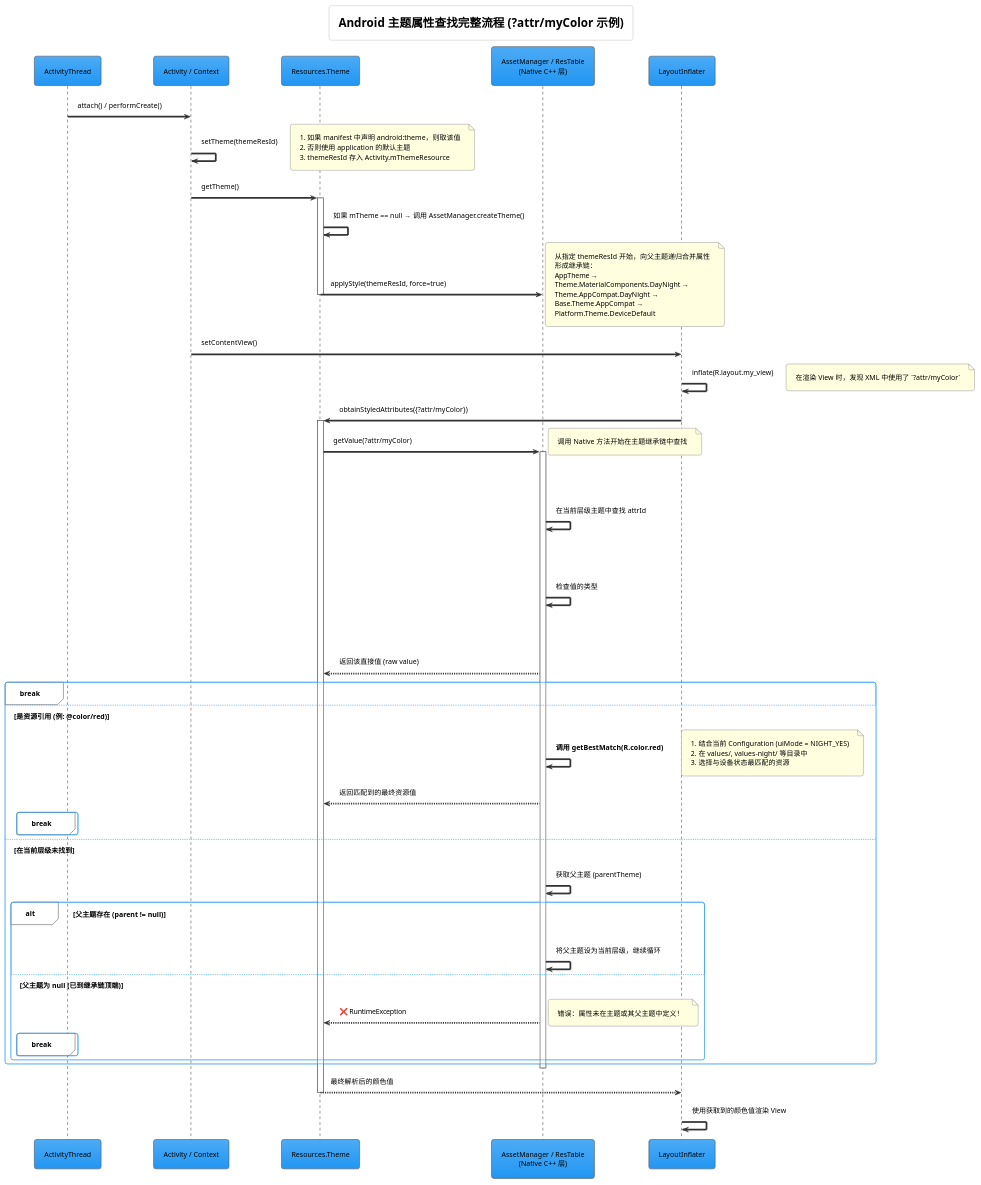
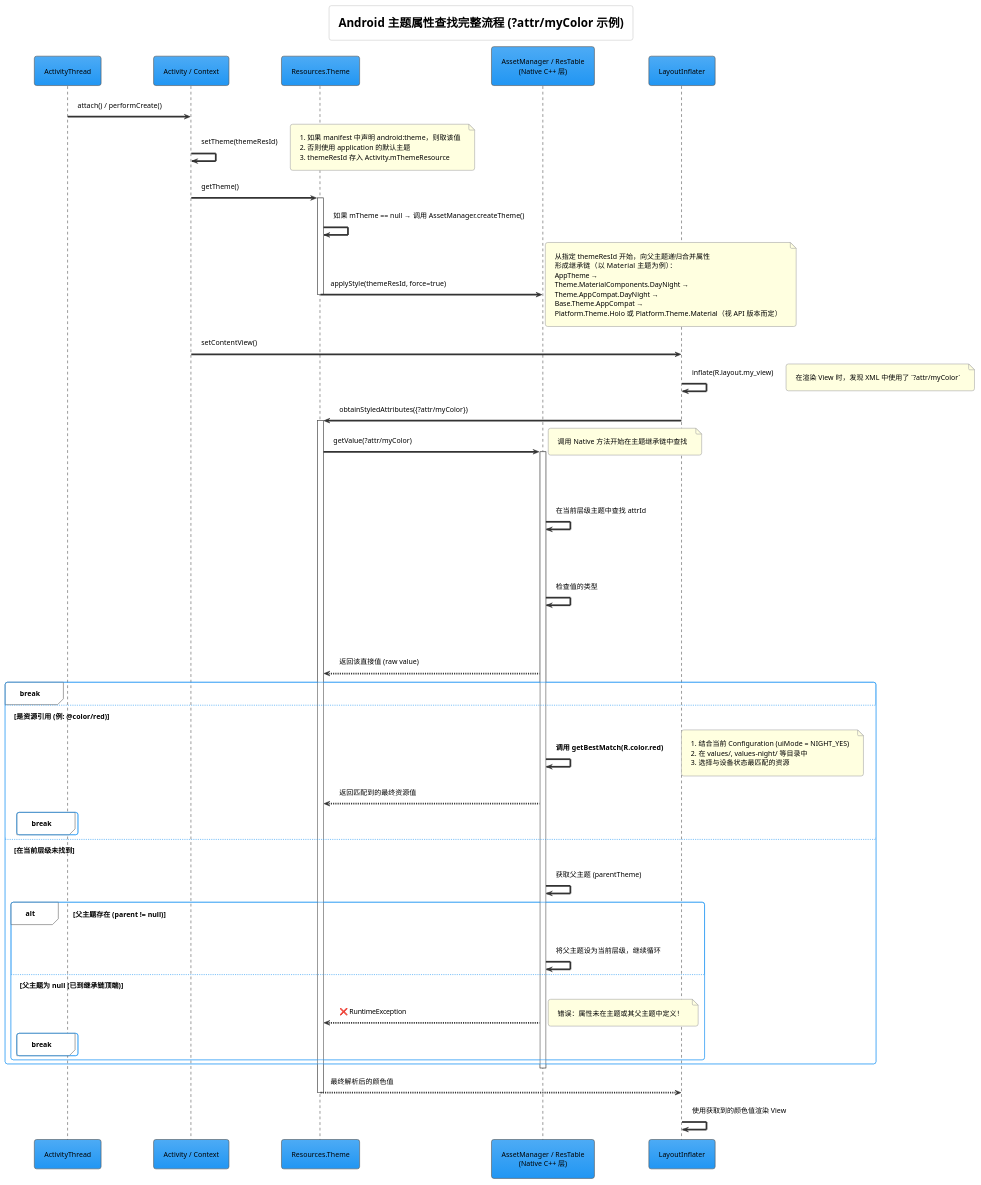
One commit to Ethen-Cao/ethenslab changed the diagram in docs/images/plantuml/android-theme-resolve.puml. Above: the diagram before and after it, drawn with PlantUML. The commit also changed 3 other files, not shown here.

```diff
--- a/docs/images/plantuml/android-theme-resolve.puml
+++ b/docs/images/plantuml/android-theme-resolve.puml
@@ -1,101 +1,101 @@
 @startuml
 !theme materia
 ' 样式配置
 skinparam defaultFontColor #000000
 skinparam shadowing false
 skinparam sequence {
     LifeLineBorderColor #555555
     ActorBorderColor #555555
     ParticipantBorderColor #555555
     ArrowColor #333333
 }
 skinparam note {
     BackgroundColor #FFFFE0
     BorderColor #A8A8A8
 }
 
 title Android 主题属性查找完整流程 (?attr/myColor 示例)
 
 participant "ActivityThread" as AppThread
 participant "Activity / Context" as AppActivity
 participant "Resources.Theme" as JavaTheme
 participant "AssetManager / ResTable\n(Native C++ 层)" as NativeLib
 participant "LayoutInflater" as Inflater
 
 ' ==== 前置：Theme 对象准备过程 ====
 AppThread -> AppActivity: attach() / performCreate()
 AppActivity -> AppActivity: setTheme(themeResId)
 note right
   1. 如果 manifest 中声明 android:theme，则取该值
   2. 否则使用 application 的默认主题
   3. themeResId 存入 Activity.mThemeResource
 end note
 
 AppActivity -> JavaTheme: getTheme()
 activate JavaTheme
 JavaTheme -> JavaTheme: 如果 mTheme == null → 调用 AssetManager.createTheme()
 JavaTheme -> NativeLib: applyStyle(themeResId, force=true)
 note right
-  从指定 themeResId 开始，向父主题递归合并属性
-  形成继承链：
-  AppTheme →
-  Theme.MaterialComponents.DayNight →
-  Theme.AppCompat.DayNight →
-  Base.Theme.AppCompat →
-  Platform.Theme.DeviceDefault
+  从指定 themeResId 开始，向父主题递归合并属性  
+  形成继承链（以 Material 主题为例）：  
+  AppTheme →  
+  Theme.MaterialComponents.DayNight →  
+  Theme.AppCompat.DayNight →  
+  Base.Theme.AppCompat →  
+  Platform.Theme.Holo 或 Platform.Theme.Material（视 API 版本而定）
 end note
 deactivate JavaTheme
 
 ' ==== 主流程：渲染并解析属性 ====
 AppActivity -> Inflater: setContentView()
 Inflater -> Inflater: inflate(R.layout.my_view)
 note right: 在渲染 View 时，发现 XML 中使用了 `?attr/myColor`
 
 Inflater -> JavaTheme: obtainStyledAttributes({?attr/myColor})
 activate JavaTheme
 
 JavaTheme -> NativeLib: getValue(?attr/myColor)
 activate NativeLib
 note right: 调用 Native 方法开始在主题继承链中查找
 
 loop 在主题继承链中查找 (当前主题 -> 父主题 -> ...)
     NativeLib -> NativeLib: 在当前层级主题中查找 attrId
     
     alt 成功找到属性
         NativeLib -> NativeLib: 检查值的类型
         
         alt 是直接值 (例: #FFFF0000)
             NativeLib --> JavaTheme: 返回该直接值 (raw value)
             break
             
         else 是资源引用 (例: @color/red)
             NativeLib -> NativeLib: **调用 getBestMatch(R.color.red)**
             note right
                 1. 结合当前 Configuration (uiMode = NIGHT_YES)
                 2. 在 values/, values-night/ 等目录中
                 3. 选择与设备状态最匹配的资源
             end note
             NativeLib --> JavaTheme: 返回匹配到的最终资源值
             break
         end
         
     else 在当前层级未找到
         NativeLib -> NativeLib: 获取父主题 (parentTheme)
         
         alt 父主题存在 (parent != null)
              NativeLib -> NativeLib: 将父主题设为当前层级，继续循环
         else 父主题为 null (已到继承链顶端)
             NativeLib --> JavaTheme: ❌ RuntimeException
             note right: 错误：属性未在主题或其父主题中定义！
             break
         end
     end
 end
 
 deactivate NativeLib
 
 JavaTheme --> Inflater: 最终解析后的颜色值
 deactivate JavaTheme
 
 Inflater -> Inflater: 使用获取到的颜色值渲染 View
 @enduml
```
